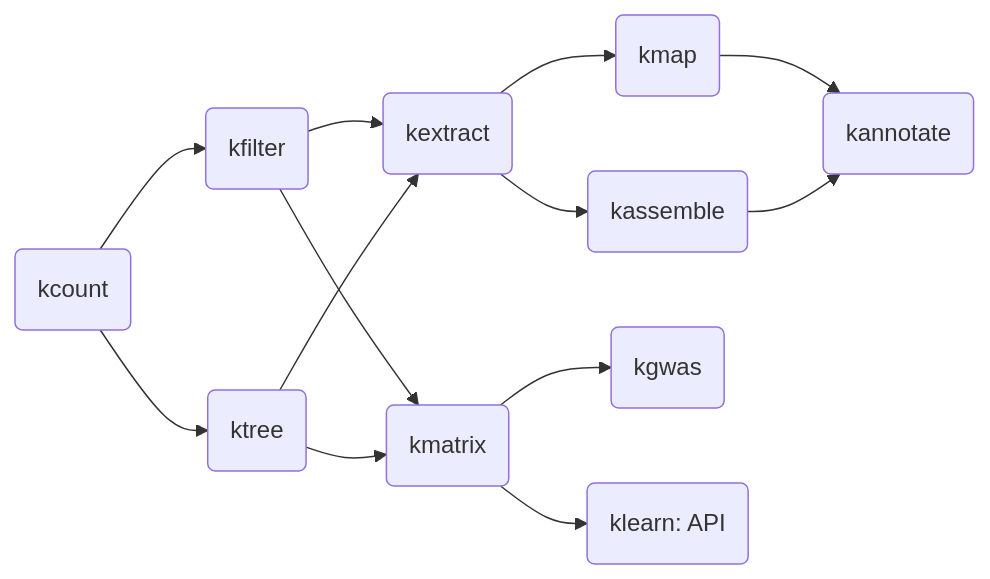
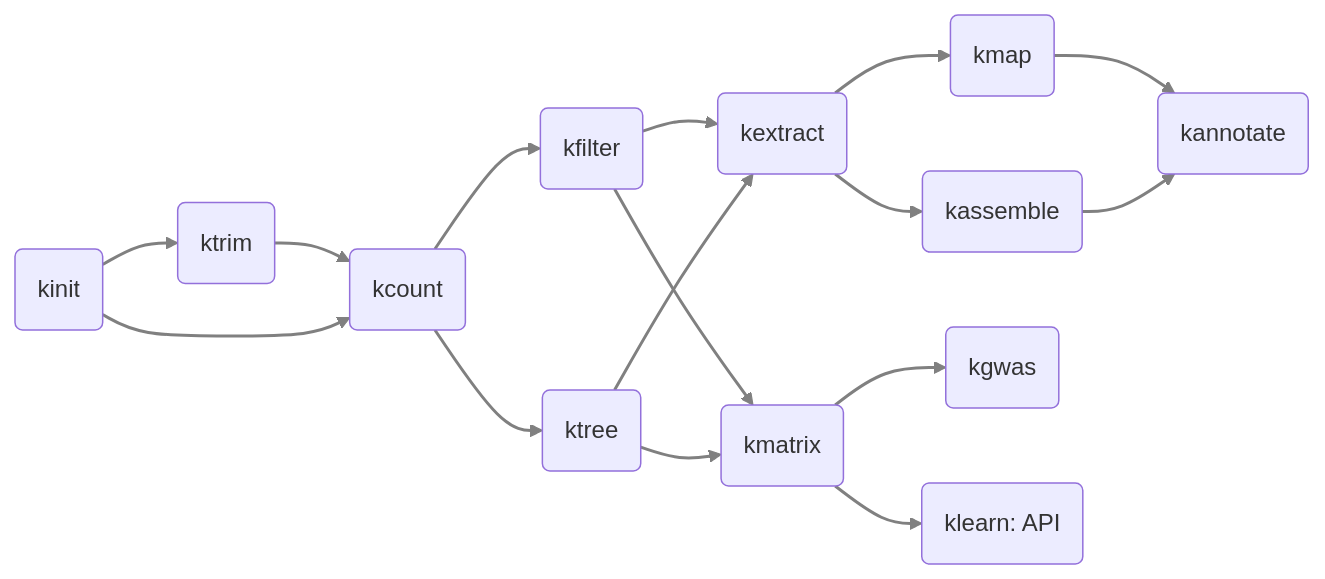
The first of 2 diagrams in docs/index.md (eaton-lab/kmerkit), drawn with Mermaid before and after one commit. The commit also changed other lines of this file and 5 other files, not shown here.

````diff
--- a/docs/index.md
+++ b/docs/index.md
@@ -14,25 +15,32 @@
 ```mermaid
 graph LR
+   A0(kinit)
+   A1(ktrim)
    A(kcount)
    B(kfilter)
    C(kextract)
    D(kassemble)
    E(ktree)
    F(kmap)
    G(kannotate)
    H(kmatrix)
    I(kgwas)
    J(klearn: API)
+   A0 --> A1
+   A1 --> A
+   A0 --> A
    A --> B
    B --> C
    C --> D
    A --> E
    B --> H
    E --> C
    E --> H
    C --> F
    F --> G
    D --> G
    H --> I
    H --> J
+
+linkStyle default stroke-width:2px,fill:none,stroke:grey;   
 ```
````
